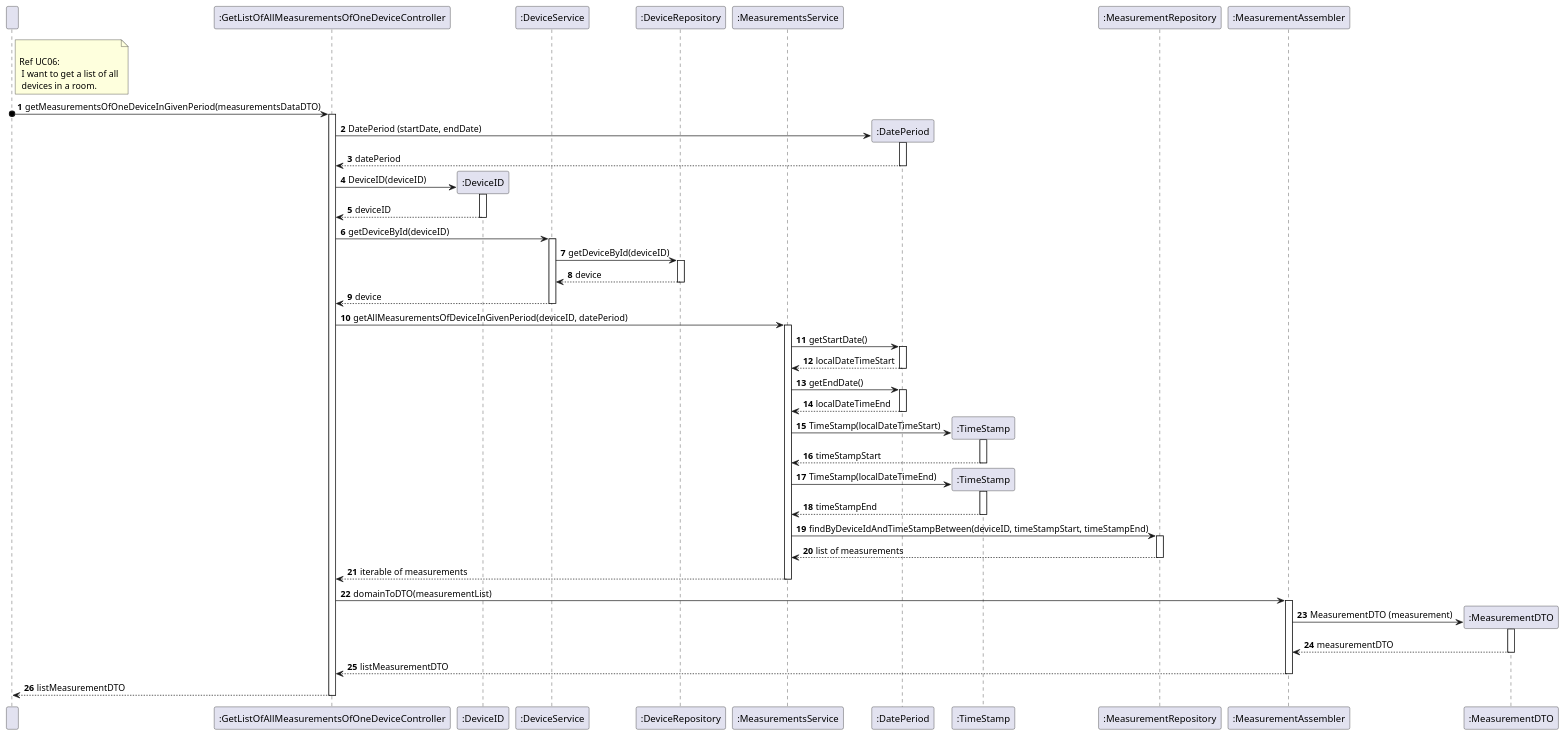
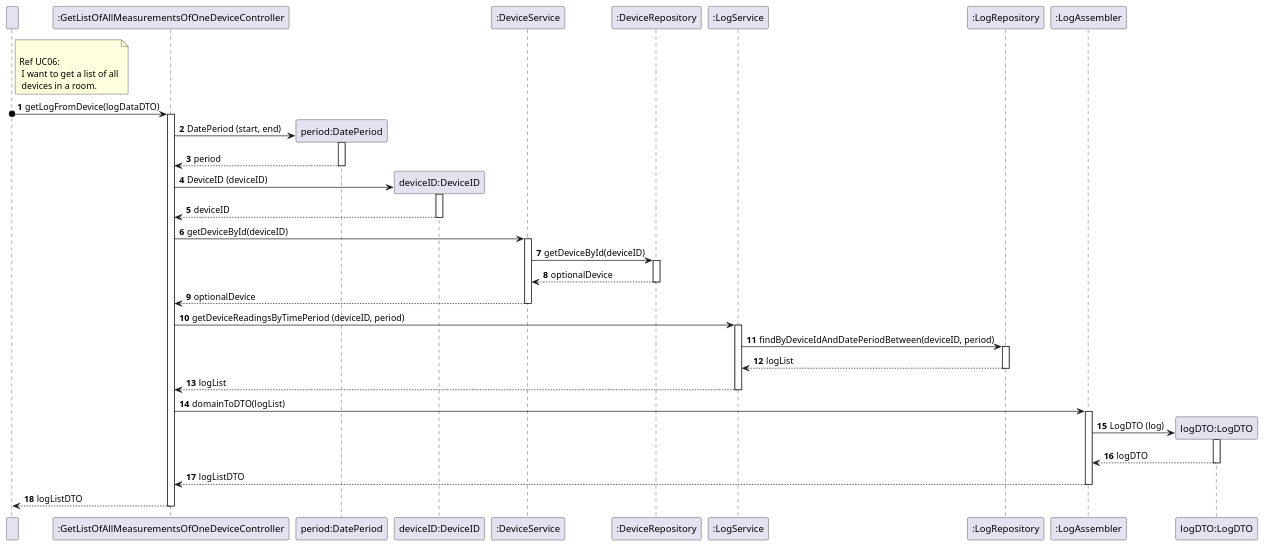
The diagram in docs/useCases/uc11_toGetLogFromDevice/artifacts/uc11_SD.puml (olivDiogo/SmartHome), drawn with PlantUML before and after one commit.

Commit message:
docs: fix to uc11 sequence diagram -#385

```diff
--- a/docs/useCases/uc11_toGetLogFromDevice/artifacts/uc11_SD.puml
+++ b/docs/useCases/uc11_toGetLogFromDevice/artifacts/uc11_SD.puml
@@ -1,117 +1,86 @@
 @startuml
 !pragma layout smetana
 
 participant " " as User
 participant ":GetListOfAllMeasurementsOfOneDeviceController" as Controller
 
-participant ":DeviceID" as DeviceID
+participant "period:DatePeriod" as DatePeriod
+participant "deviceID:DeviceID" as DeviceID
 participant ":DeviceService" as DeviceService
 participant ":DeviceRepository" as DeviceRepository
-participant ":MeasurementsService" as MeasurementsService
-participant ":DatePeriod" as DatePeriod
-participant ":TimeStamp" as TimeStamp
-participant ":MeasurementRepository" as Repository
-participant ":MeasurementAssembler" as Assembler
-participant ":MeasurementDTO" as DTO
+participant ":LogService" as LogService
+participant ":LogRepository" as Repository
+participant ":LogAssembler" as Assembler
+participant "logDTO:LogDTO" as DTO
 
 autonumber
 
 note right of User
 
   Ref UC06:
    I want to get a list of all
    devices in a room.
 end note
 
 
 
-User o-> Controller: getMeasurementsOfOneDeviceInGivenPeriod(measurementsDataDTO)
+User o-> Controller: getLogFromDevice(logDataDTO)
 
 activate Controller
 'DatePeriod and DeviceID are created
 create DatePeriod
-Controller -> DatePeriod: DatePeriod (startDate, endDate)
+Controller -> DatePeriod: DatePeriod (start, end)
 activate DatePeriod
-DatePeriod --> Controller: datePeriod
-
+DatePeriod --> Controller: period
 deactivate DatePeriod
 
-
 create DeviceID
-Controller -> DeviceID: DeviceID(deviceID)
+Controller -> DeviceID: DeviceID (deviceID)
 activate DeviceID
 DeviceID --> Controller: deviceID
 deactivate DeviceID
-
 
 'getDeviceById -> if device is not present, return empty optional
 Controller -> DeviceService: getDeviceById(deviceID)
 activate DeviceService
 DeviceService -> DeviceRepository: getDeviceById(deviceID)
 activate DeviceRepository
-DeviceRepository --> DeviceService: device
+DeviceRepository --> DeviceService: optionalDevice
 deactivate DeviceRepository
-DeviceService --> Controller: device
+DeviceService --> Controller: optionalDevice
 deactivate DeviceService
 
+'getAllMeasurementsOfDeviceInGivenPeriod -> getStartDate, getEndDate
+Controller -> LogService: getDeviceReadingsByTimePeriod (deviceID, period)
 
-'getAllMeasurementsOfDeviceInGivenPeriod -> getStartDate, getEndDate
-Controller -> MeasurementsService: getAllMeasurementsOfDeviceInGivenPeriod(deviceID, datePeriod)
+'getStartDate -> localDateTimeStart
+activate LogService
+
+'findByDeviceIdAndTimeStampBetween -> look in all measurement repositories
+LogService -> Repository: findByDeviceIdAndDatePeriodBetween(deviceID, period)
+
+activate Repository
+Repository --> LogService: logList
+
+deactivate Repository
+LogService --> Controller: logList
 
 
-'getStartDate -> localDateTimeStart
-activate MeasurementsService
-
-MeasurementsService -> DatePeriod: getStartDate()
-activate DatePeriod
-DatePeriod --> MeasurementsService: localDateTimeStart
-deactivate DatePeriod
-
-'getEndDate -> localDateTimeEnd
-MeasurementsService -> DatePeriod: getEndDate()
-activate DatePeriod
-DatePeriod --> MeasurementsService: localDateTimeEnd
-deactivate DatePeriod
-
-'create TimeStamp -> timeStampStart
-create TimeStamp
-MeasurementsService -> TimeStamp: TimeStamp(localDateTimeStart)
-activate TimeStamp
-TimeStamp --> MeasurementsService: timeStampStart
-deactivate TimeStamp
-
-'create TimeStamp -> timeStampEnd
-create TimeStamp
-MeasurementsService -> TimeStamp: TimeStamp(localDateTimeEnd)
-activate TimeStamp
-TimeStamp --> MeasurementsService: timeStampEnd
-deactivate TimeStamp
-
-'findByDeviceIdAndTimeStampBetween -> look in all measurement repositories
-MeasurementsService -> Repository: findByDeviceIdAndTimeStampBetween(deviceID, timeStampStart, timeStampEnd)
-
-activate Repository
-Repository --> MeasurementsService: list of measurements
-
-deactivate Repository
-MeasurementsService --> Controller: iterable of measurements
-
-
-deactivate MeasurementsService
-Controller -> Assembler: domainToDTO(measurementList)
+deactivate LogService
+Controller -> Assembler: domainToDTO(logList)
 
 activate Assembler
 create DTO
-Assembler -> DTO: MeasurementDTO (measurement)
+Assembler -> DTO: LogDTO (log)
 activate DTO
-DTO --> Assembler: measurementDTO
+DTO --> Assembler: logDTO
 
 deactivate DTO
-Assembler --> Controller: listMeasurementDTO
+Assembler --> Controller: logListDTO
 
 deactivate Assembler
-Controller --> User: listMeasurementDTO
+Controller --> User: logListDTO
 deactivate Controller
 
 
 @enduml
```
